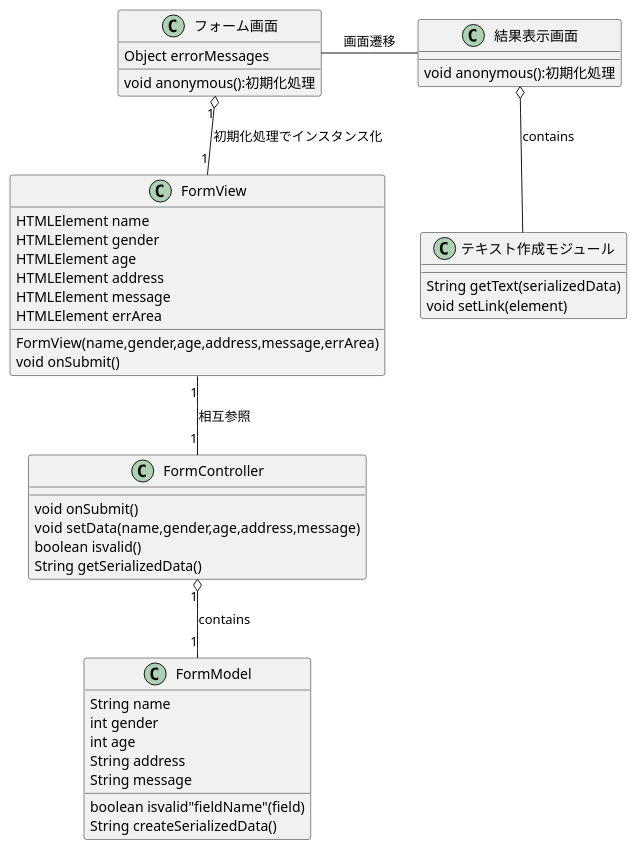
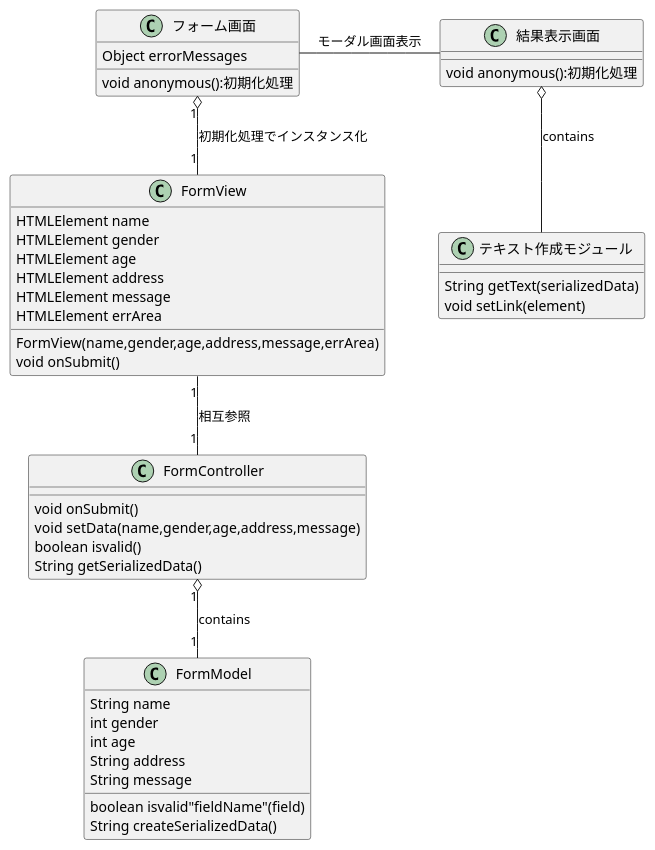
Before and after one commit to dede-20191130/send-contact-form: the diagram in docs/class/class.pu, drawn with PlantUML. The commit also changed 2 other files, not shown here.

```diff
--- a/docs/class/class.pu
+++ b/docs/class/class.pu
@@ -2,49 +2,49 @@
 @startuml class diagram
 class "フォーム画面" as fmSc{
     Object errorMessages
     void anonymous():初期化処理
 }
 class "FormView" as fv{
     HTMLElement name
     HTMLElement gender
     HTMLElement age
     HTMLElement address
     HTMLElement message
     HTMLElement errArea
     FormView(name,gender,age,address,message,errArea)
     void onSubmit()
 }
 class "FormController" as fc{
     void onSubmit()
     void setData(name,gender,age,address,message)
     boolean isvalid()
     String getSerializedData()
 }
 class "FormModel" as fm{
     String name
     int gender
     int age
     String address
     String message
     boolean isvalid"fieldName"(field)
     String createSerializedData()
 }
 class "結果表示画面" as rsltSc{
     void anonymous():初期化処理
 }
 class "テキスト作成モジュール" as crtTxt{
     String getText(serializedData)
     void setLink(element)
 }
 
 fmSc "1" o-- "1" fv  : 初期化処理でインスタンス化
 fv "1" -- "1" fc  : 相互参照
 fc "1" o-- "1" fm  : contains
 
-fmSc  -  rsltSc : 画面遷移
+fmSc  -  rsltSc : モーダル画面表示
 rsltSc  o-- crtTxt   : contains
 
 
 
 
 @enduml
```
